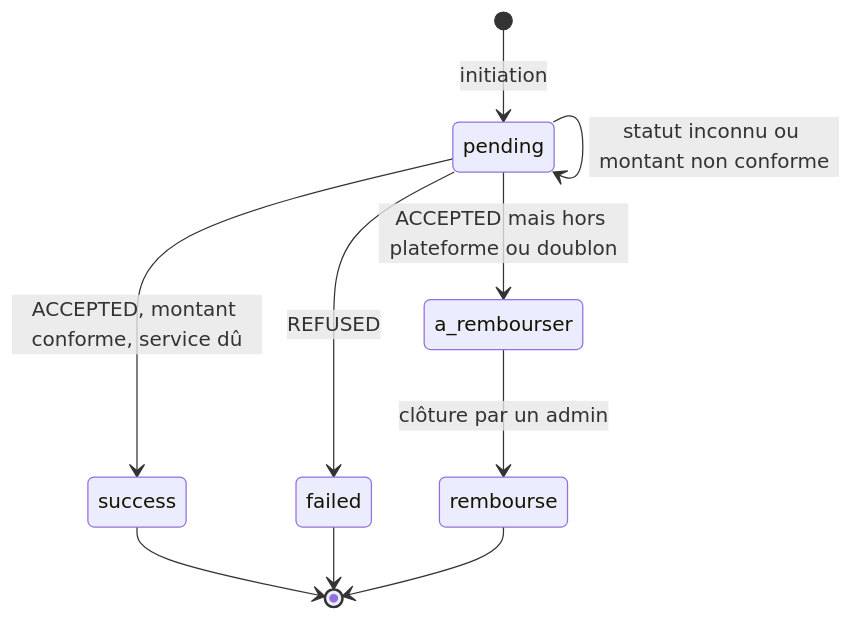
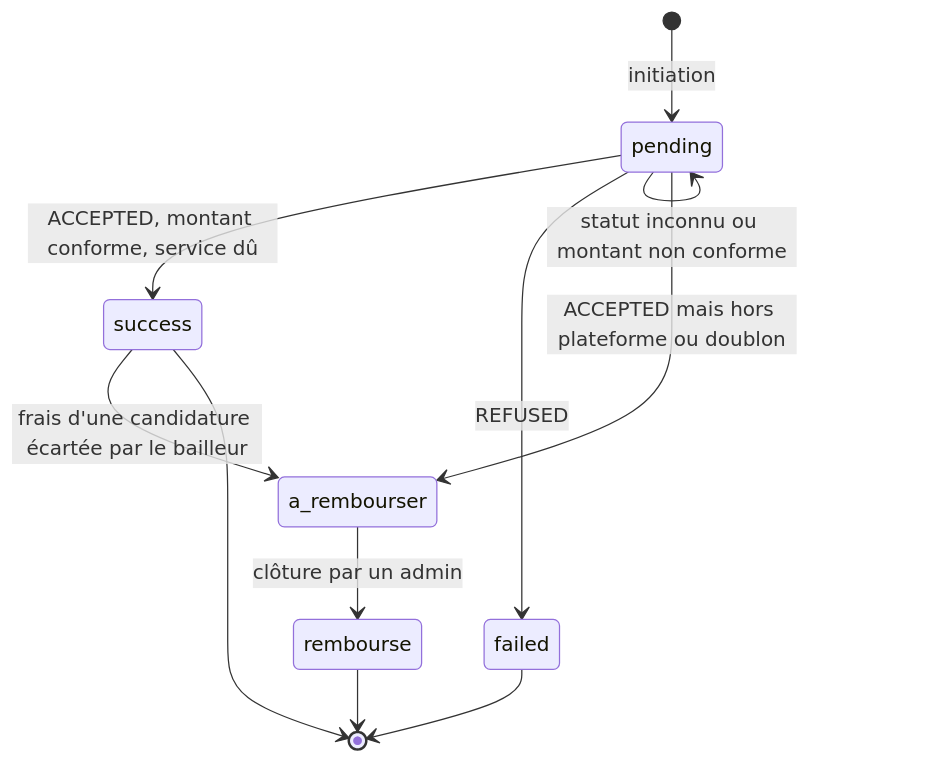
Before and after one commit to jeafatkamano/Tcheyna: the fourth of 7 diagrams in docs/TCHEYNA_SPEC_TECHNIQUE.md, drawn with Mermaid. The commit also changed other lines of this file and 4 other files, not shown here.

````diff
--- a/docs/TCHEYNA_SPEC_TECHNIQUE.md
+++ b/docs/TCHEYNA_SPEC_TECHNIQUE.md
@@ -148,12 +148,13 @@
 ```mermaid
 stateDiagram-v2
     [*] --> pending : initiation
     pending --> success : ACCEPTED, montant conforme, service dû
     pending --> failed : REFUSED
     pending --> a_rembourser : ACCEPTED mais hors plateforme ou doublon
+    success --> a_rembourser : frais d'une candidature écartée par le bailleur
     pending --> pending : statut inconnu ou montant non conforme
     a_rembourser --> rembourse : clôture par un admin
     success --> [*]
     failed --> [*]
     rembourse --> [*]
 ```
````
